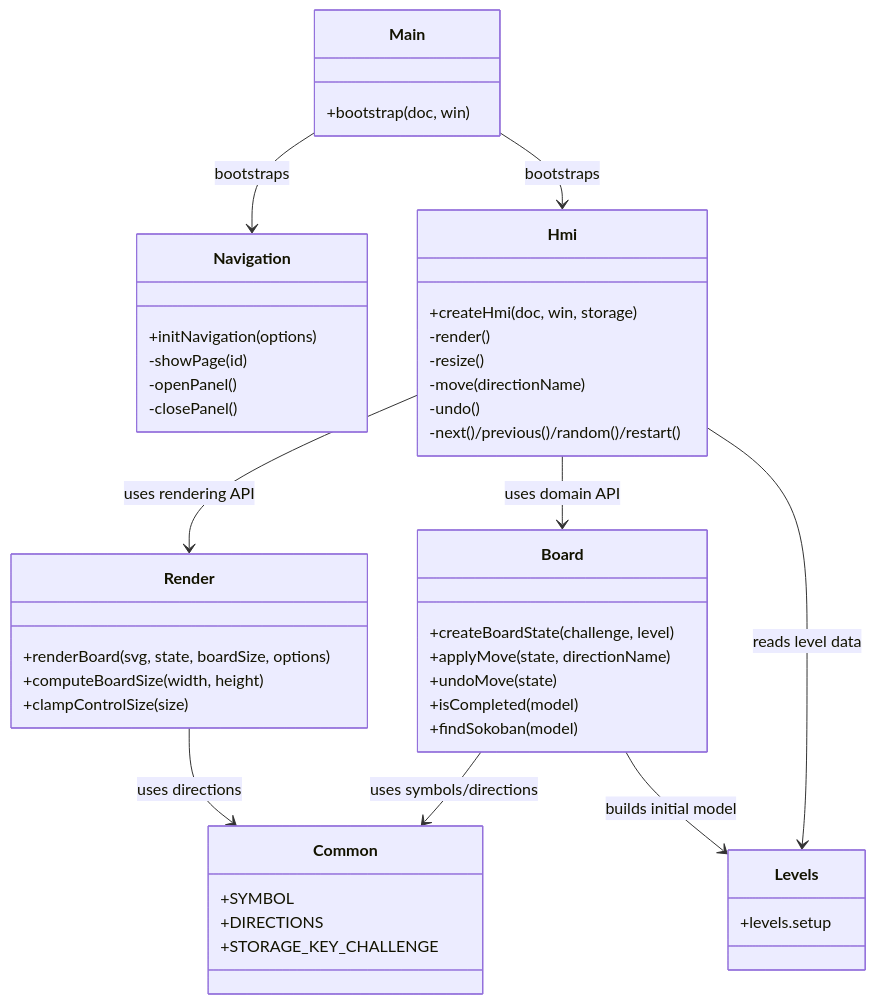
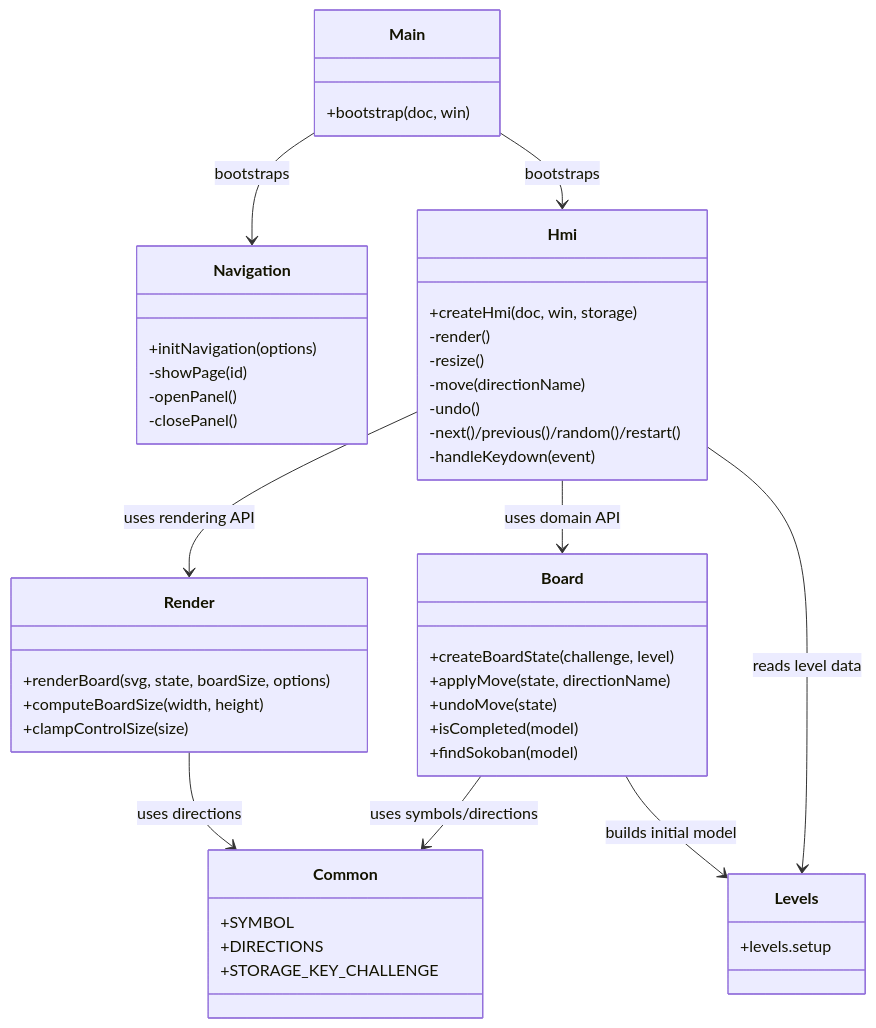
One commit to OMerkel/Sokoban changed the second of 11 diagrams in doc/software_architecture.md. Above: the diagram before and after it, drawn with Mermaid. The commit also changed other lines of this file and 6 other files, not shown here.

````diff
--- a/doc/software_architecture.md
+++ b/doc/software_architecture.md
@@ -94,55 +96,56 @@
 ```mermaid
 classDiagram
   class Main {
     +bootstrap(doc, win)
   }
 
   class Navigation {
     +initNavigation(options)
     -showPage(id)
     -openPanel()
     -closePanel()
   }
 
   class Hmi {
     +createHmi(doc, win, storage)
     -render()
     -resize()
     -move(directionName)
     -undo()
     -next()/previous()/random()/restart()
+    -handleKeydown(event)
   }
 
   class Render {
     +renderBoard(svg, state, boardSize, options)
     +computeBoardSize(width, height)
     +clampControlSize(size)
   }
 
   class Board {
     +createBoardState(challenge, level)
     +applyMove(state, directionName)
     +undoMove(state)
     +isCompleted(model)
     +findSokoban(model)
   }
 
   class Common {
     +SYMBOL
     +DIRECTIONS
     +STORAGE_KEY_CHALLENGE
   }
 
   class Levels {
     +levels.setup
   }
 
   Main --> Navigation : bootstraps
   Main --> Hmi : bootstraps
   Hmi --> Board : uses domain API
   Hmi --> Render : uses rendering API
   Hmi --> Levels : reads level data
   Board --> Common : uses symbols/directions
   Render --> Common : uses directions
   Board --> Levels : builds initial model
 ```
````
